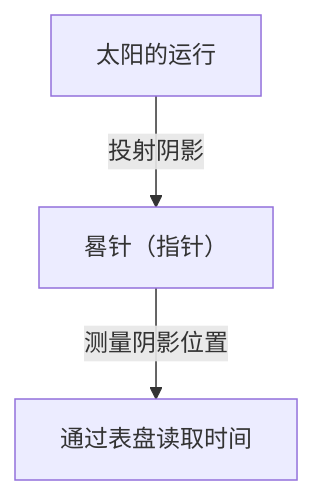
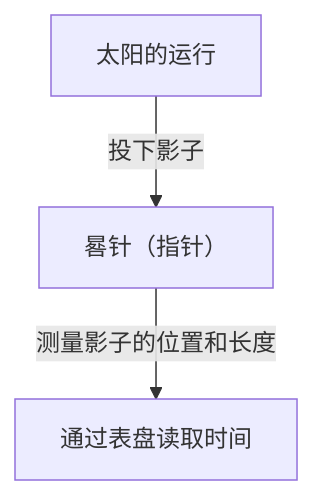
Before and after one commit to kenjinote/blog: the first of 3 diagrams in content/post/history-of-timekeeping-technology/index.zh-cn.md, drawn with Mermaid. The commit also changed other lines of this file and 129 other files, not shown here.

````diff
--- a/content/post/history-of-timekeeping-technology/index.zh-cn.md
+++ b/content/post/history-of-timekeeping-technology/index.zh-cn.md
@@ -19,5 +22,5 @@
 ```mermaid
 graph TD
-    A["太阳的运行"] -- "投射阴影" --> B["晷针（指针）"]
-    B -- "测量阴影位置" --> C["通过表盘读取时间"]
+    A["太阳的运行"] -- "投下影子" --> B["晷针（指针）"]
+    B -- "测量影子的位置和长度" --> C["通过表盘读取时间"]
 ```
````
